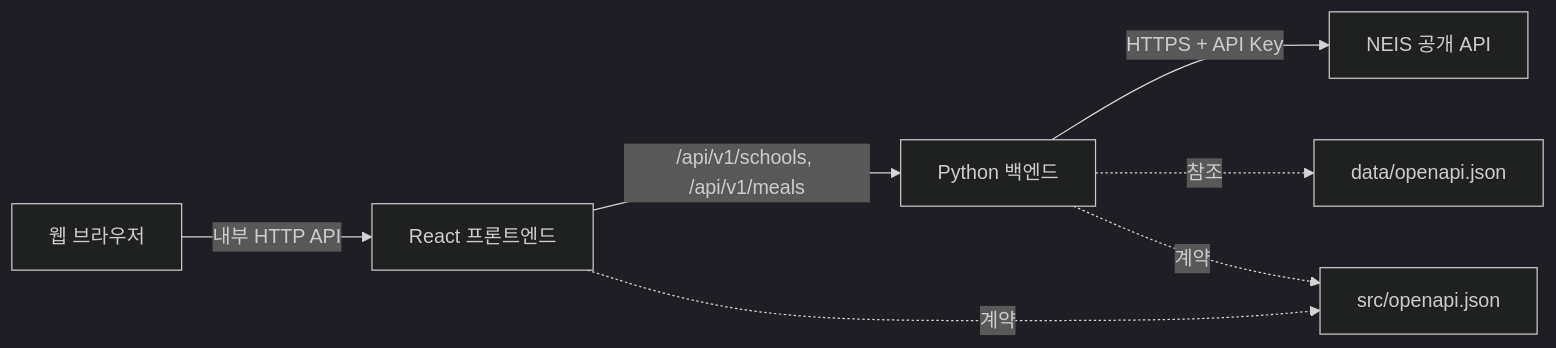
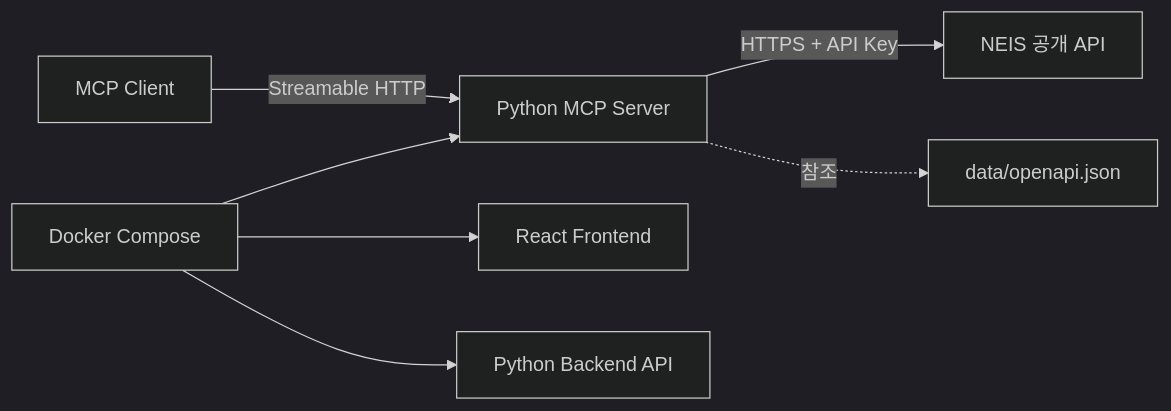
The diagram in TRD.md (richku1969-cell/battle-school-lunch-workshop), drawn with Mermaid (dark theme) before and after one commit. The commit also changed other lines of this file and 1 other file, not shown here.

Commit message:
docs: update MCP server requirements

````diff
--- a/TRD.md
+++ b/TRD.md
@@ -22,9 +24,10 @@
 ```mermaid
 flowchart LR
-    U[웹 브라우저] -->|내부 HTTP API| F[React 프론트엔드]
-    F -->|/api/v1/schools, /api/v1/meals| B[Python 백엔드]
-    B -->|HTTPS + API Key| N[NEIS 공개 API]
-    B -. 참조 .-> E[data/openapi.json]
-    F -. 계약 .-> I[src/openapi.json]
-    B -. 계약 .-> I
+    U[MCP Client] -->|Streamable HTTP| M[Python MCP Server]
+    M -->|HTTPS + API Key| N[NEIS 공개 API]
+    M -. 참조 .-> E[data/openapi.json]
+
+    D[Docker Compose] --> F[React Frontend]
+    D --> B[Python Backend API]
+    D --> M
 ```
````
